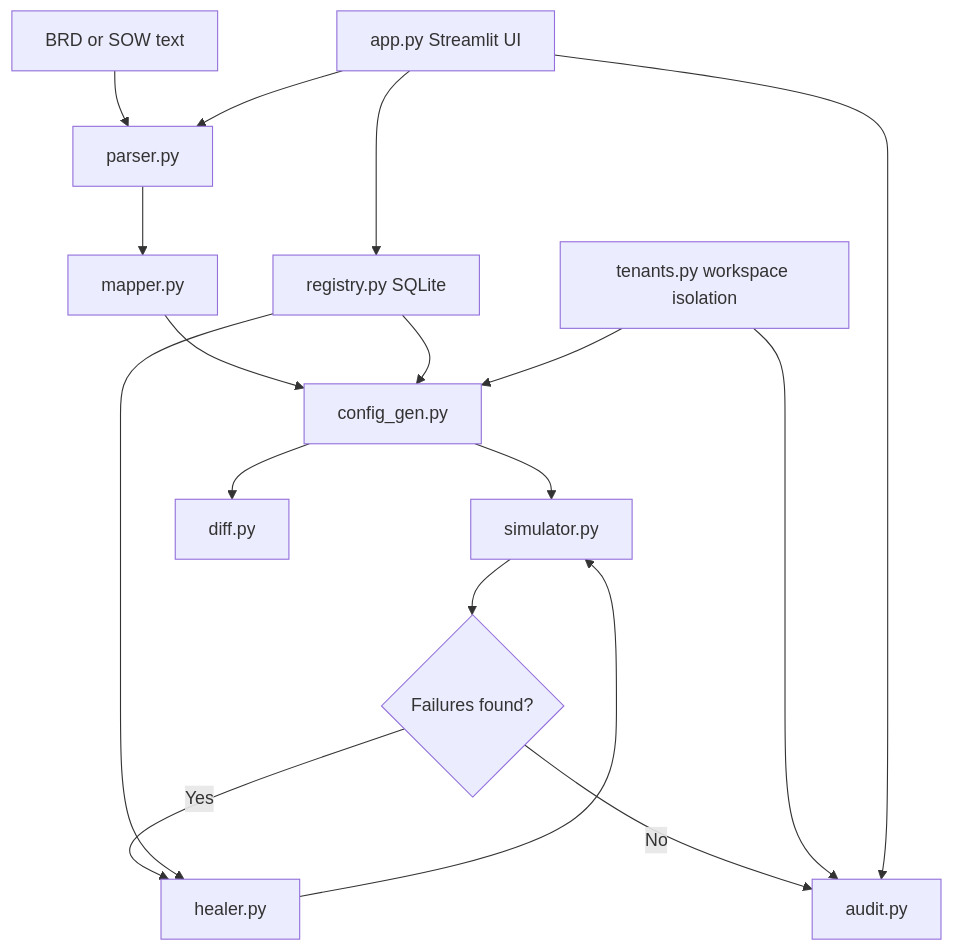
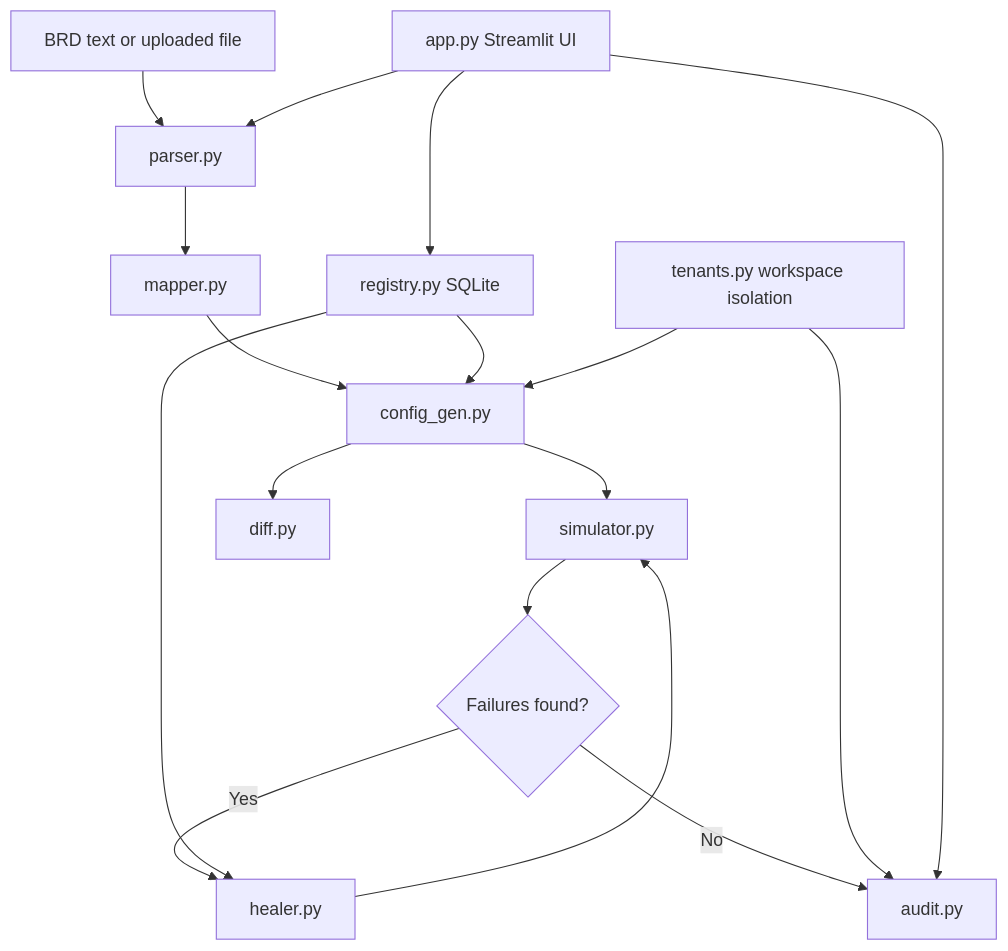
One commit to varun24-ops/finspark-engine changed the diagram in readme.md. Above: the diagram before and after it, drawn with Mermaid. The commit also changed other lines of this file and 3 other files, not shown here.

````diff
--- a/readme.md
+++ b/readme.md
@@ -47,19 +49,19 @@
 ```mermaid
 flowchart TD
-    A[BRD or SOW text] --> B[parser.py]
+    A[BRD text or uploaded file] --> B[parser.py]
     B --> C[mapper.py]
     C --> D[config_gen.py]
     D --> E[simulator.py]
     E --> F{Failures found?}
     F -- Yes --> G[healer.py]
     G --> E
     F -- No --> H[audit.py]
     D --> I[diff.py]
     J[registry.py SQLite] --> D
     J --> G
     K[tenants.py workspace isolation] --> D
     K --> H
     L[app.py Streamlit UI] --> B
     L --> J
     L --> H
 ```
````
